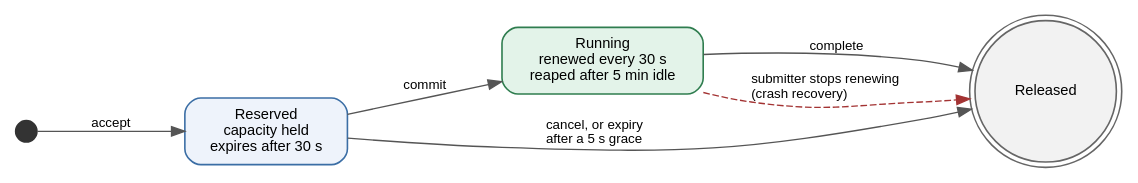
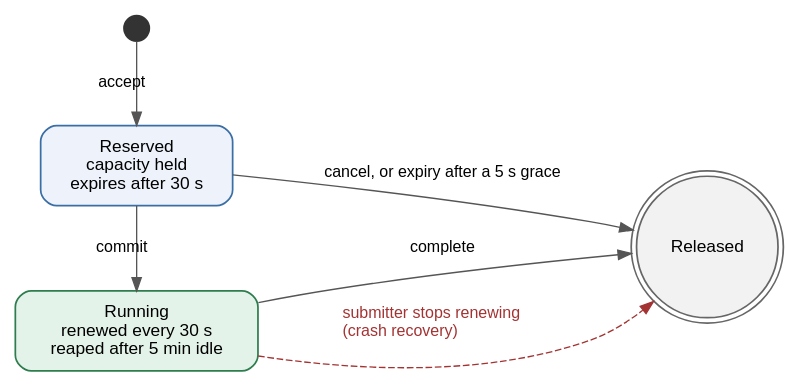
Before and after one commit to vinayakyadav2709/Pipedpeer: the diagram in docs/diagrams/src/fig_4.3_lease_fsm.dot, drawn with Graphviz. The commit also changed 34 other files, not shown here.

```diff
--- a/docs/diagrams/src/fig_4.3_lease_fsm.dot
+++ b/docs/diagrams/src/fig_4.3_lease_fsm.dot
@@ -1,18 +1,25 @@
 // Figure 4.3 - Lease state machine on the worker.
+// Laid out over two rows: a single row gives a 6:1 strip whose labels are
+// unreadable once scaled to the text width.
 digraph LeaseFSM {
-  rankdir=LR; bgcolor="white"; nodesep=0.5; ranksep=1.0;
-  node [fontname="Helvetica", fontsize=11, shape=box, style="rounded,filled",
-        fillcolor="#eef3fb", color="#3b6ea5", penwidth=1.2, margin="0.16,0.10"];
-  edge [fontname="Helvetica", fontsize=10, color="#555555"];
+  rankdir=LR; bgcolor="white"; nodesep=0.45; ranksep=0.85;
+  node [fontname="Helvetica", fontsize=13, shape=box, style="rounded,filled",
+        fillcolor="#eef3fb", color="#3b6ea5", penwidth=1.3, margin="0.20,0.13"];
+  edge [fontname="Helvetica", fontsize=12, color="#555555"];
 
-  start [label="", shape=circle, width=0.22, style=filled, fillcolor="#333333", color="#333333"];
+  start [label="", shape=circle, width=0.26, style=filled, fillcolor="#333333", color="#333333"];
   res   [label="Reserved\ncapacity held\nexpires after 30 s"];
   run   [label="Running\nrenewed every 30 s\nreaped after 5 min idle", fillcolor="#e3f3e9", color="#2f7d4f"];
-  gone  [label="Released", shape=doublecircle, width=0.5, fixedsize=false, fillcolor="#f2f2f2", color="#666666"];
+  gone  [label="Released", shape=doublecircle, style=filled, fillcolor="#f2f2f2", color="#666666", margin="0.10,0.08"];
 
-  start -> res [label=" accept "];
-  res -> run  [label=" commit "];
-  run -> gone [label=" complete "];
-  res -> gone [label=" cancel, or expiry\l after a 5 s grace\l"];
-  run -> gone [label=" submitter stops renewing\l (crash recovery)\l", style=dashed, color="#a33333"];
+  start -> res [label="  accept  "];
+  res -> run   [label="  commit  "];
+  run -> gone  [label="  complete  "];
+
+  // The two failure exits go on a second row so their labels have room.
+  res -> gone [label="  cancel, or expiry after a 5 s grace  "];
+  run -> gone [label="  submitter stops renewing\l  (crash recovery)\l",
+               style=dashed, color="#a33333", fontcolor="#a33333"];
+
+  { rank=same; start; res; run; }
 }
```
